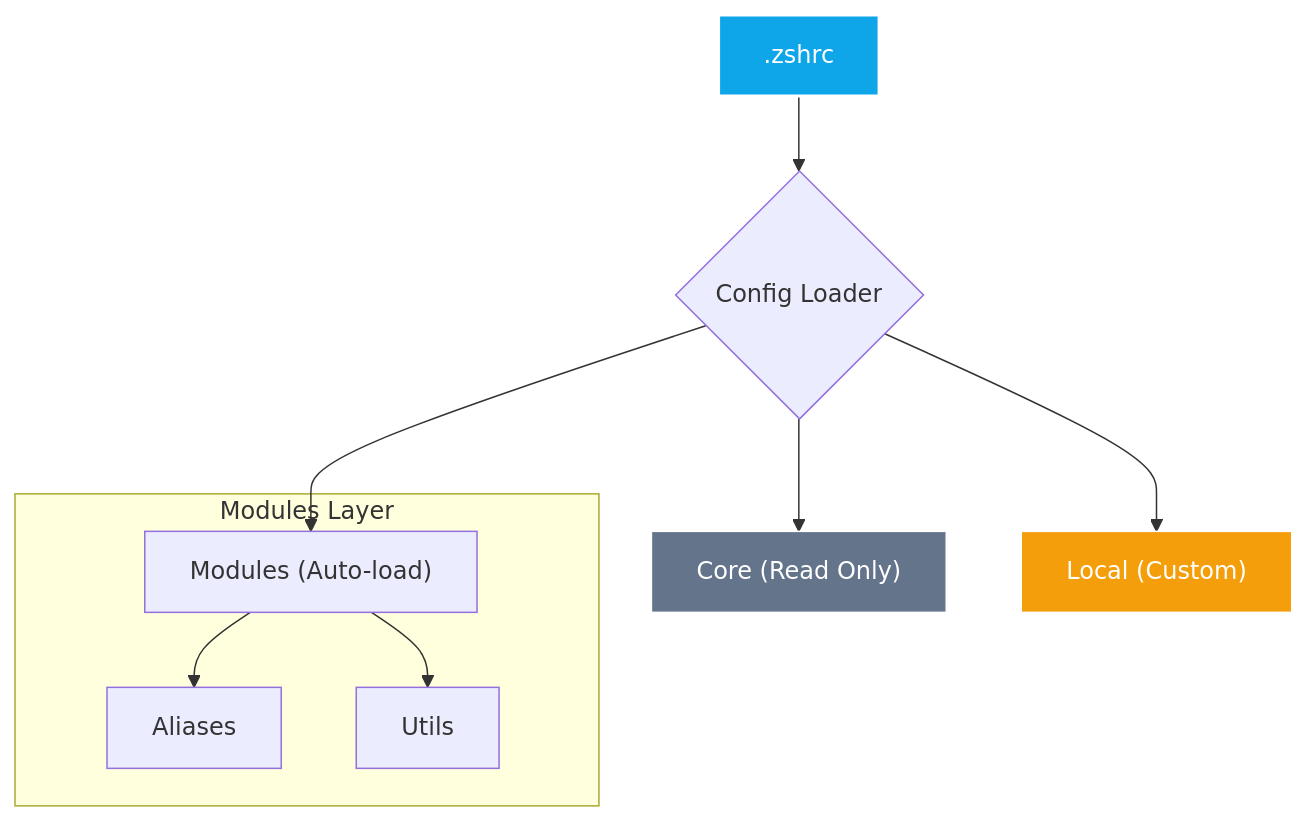
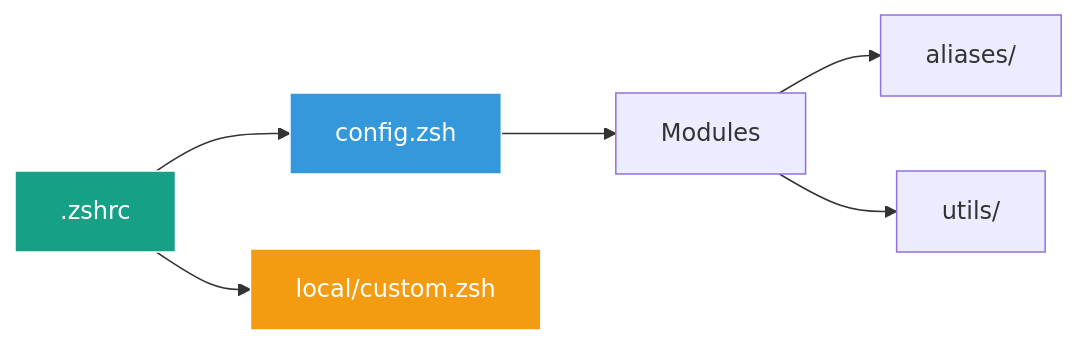
One commit to yanix2445/zsh-boost changed the diagram in README.md. Above: the diagram before and after it, drawn with Mermaid. The commit also changed other lines of this file, not shown here.

````diff
--- a/README.md
+++ b/README.md
@@ -56,16 +67,13 @@
 ```mermaid
-graph TD
-    A[".zshrc"] --> B{"Config Loader"}
-    B --> C["Core (Read Only)"]
-    B --> D["Modules (Auto-load)"]
-    B --> E["Local (Custom)"]
+graph LR
+    A[".zshrc"] --> B["config.zsh"]
+    B --> C["Modules"]
+    A --> D["local/custom.zsh"]
     
-    subgraph "Modules Layer"
-    D --> D1["Aliases"]
-    D --> D2["Utils"]
-    end
-    
-    style A fill:#0ea5e9,stroke:#fff,stroke-width:2px,color:#fff
-    style C fill:#64748b,stroke:#fff,color:#fff
-    style E fill:#f59e0b,stroke:#fff,color:#fff
+    C --> E["aliases/"]
+    C --> F["utils/"]
+
+    style A fill:#16a085,stroke:#fff,color:#fff
+    style B fill:#3498db,stroke:#fff,color:#fff
+    style D fill:#f39c12,stroke:#fff,color:#fff
 ```
````
